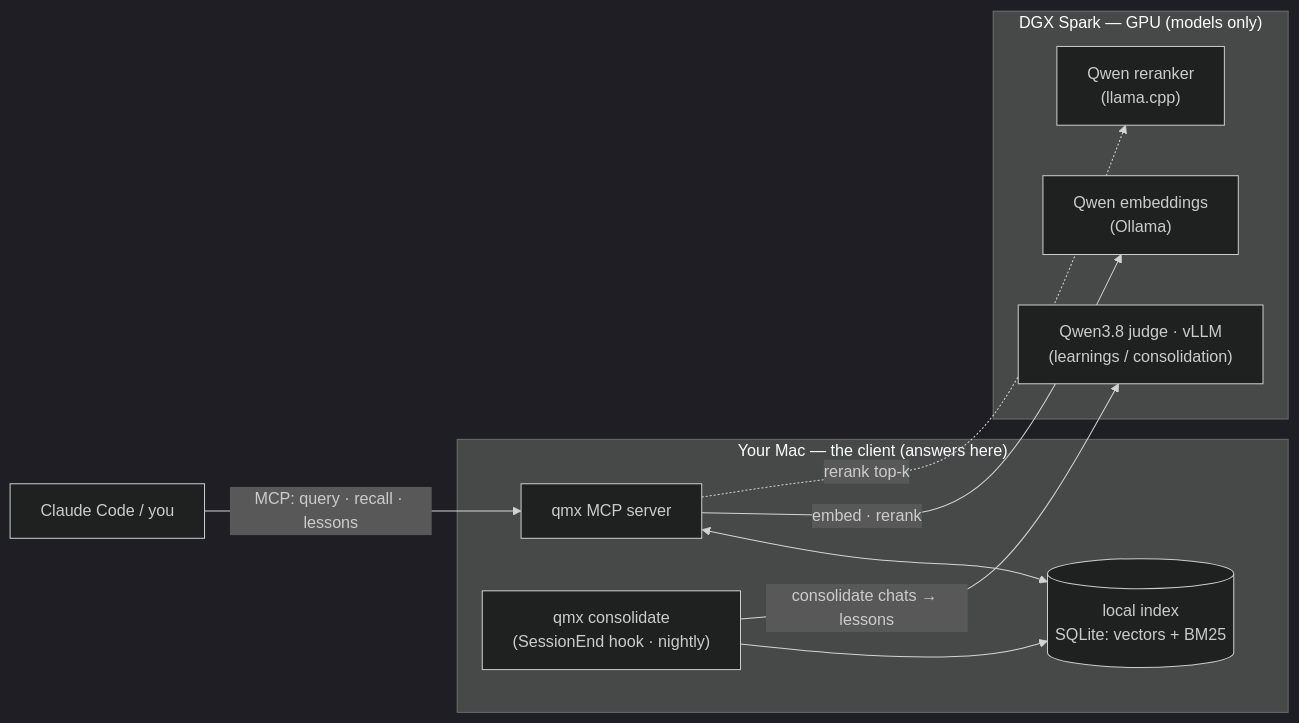
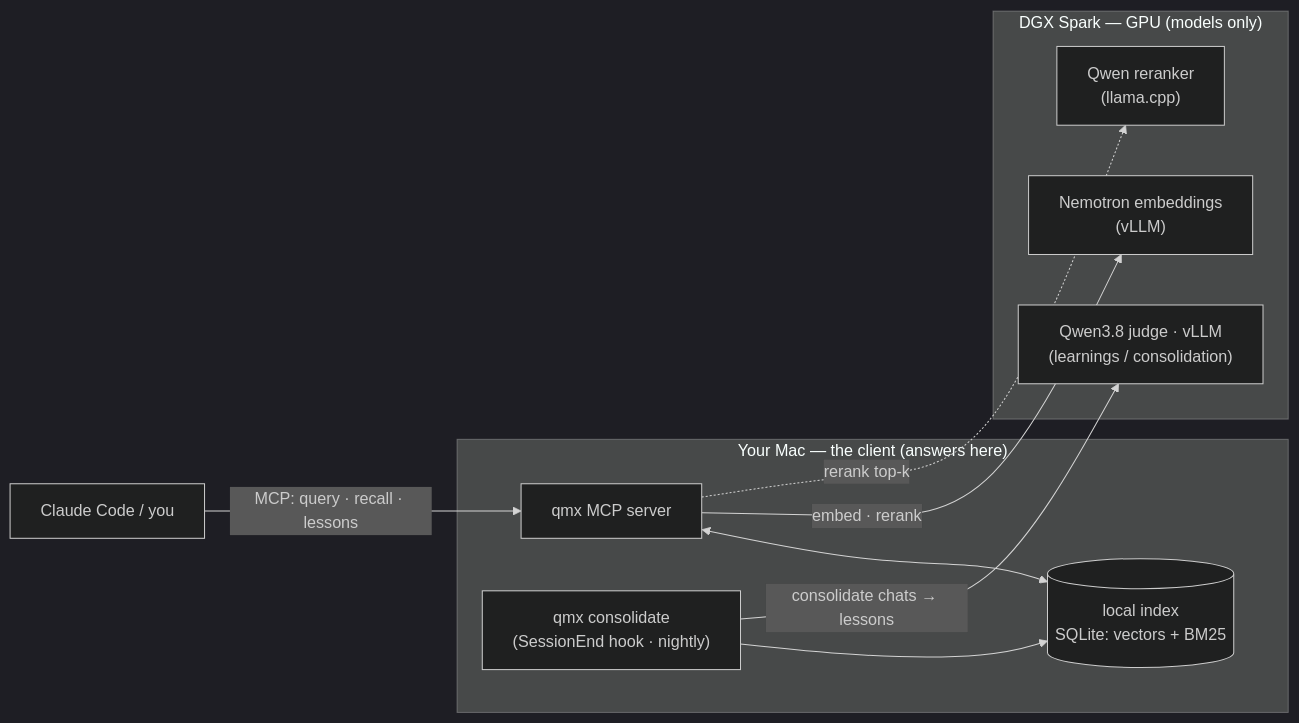
Before and after one commit to the-dsvolk/qmx: the first of 6 diagrams in README.md, drawn with Mermaid (dark theme). The commit also changed other lines of this file and 2 other files, not shown here.

First line of the commit message:
docs: production embedder is Nemotron-3-Embed-1B on vLLM; Ollama retired

````diff
--- a/README.md
+++ b/README.md
@@ -28,23 +29,23 @@
 ```mermaid
 flowchart LR
   U["Claude Code / you"]
 
   subgraph MAC["Your Mac — the client (answers here)"]
     S["qmx MCP server"]
     DB[("local index<br/>SQLite: vectors + BM25")]
     CON["qmx consolidate<br/>(SessionEnd hook · nightly)"]
     S <--> DB
     CON --> DB
   end
 
   subgraph SPARK["DGX Spark — GPU (models only)"]
-    E["Qwen embeddings<br/>(Ollama)"]
+    E["Nemotron embeddings<br/>(vLLM)"]
     C["Qwen3.8 judge · vLLM<br/>(learnings / consolidation)"]
     R["Qwen reranker<br/>(llama.cpp)"]
   end
 
   U -->|"MCP: query · recall · lessons"| S
   S -->|"embed · rerank"| E
   S -.->|"rerank top-k"| R
   CON -->|"consolidate chats → lessons"| C
 ```
````
